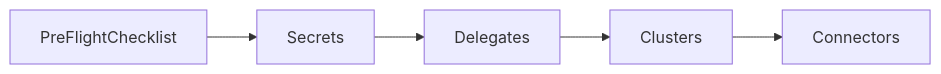
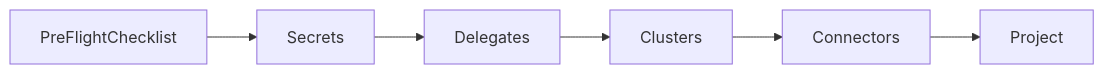
One commit to harness-community/cd-pipeline-sample changed the diagram in docs/GettingStarted.md. Above: the diagram before and after it, drawn with Mermaid. The commit also changed 5 other files, not shown here.

````diff
--- a/docs/GettingStarted.md
+++ b/docs/GettingStarted.md
@@ -6,5 +6,5 @@
 ```mermaid
 graph LR
 
-PreFlightChecklist --> Secrets --> Delegates --> Clusters --> Connectors
+PreFlightChecklist --> Secrets --> Delegates --> Clusters --> Connectors --> Project
 ```
````
